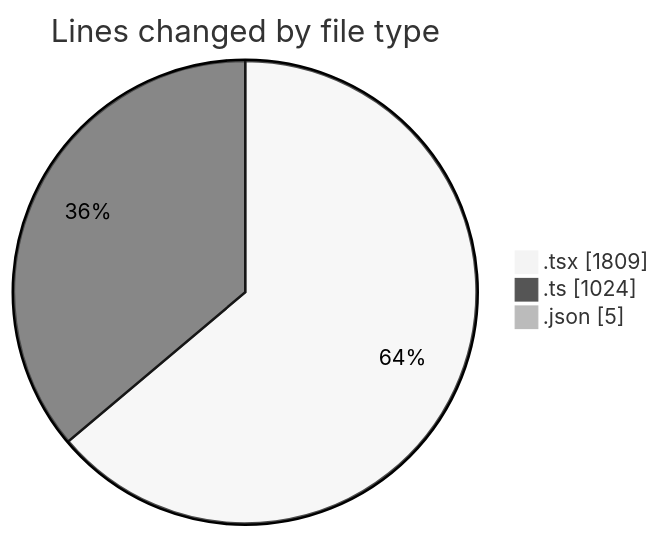
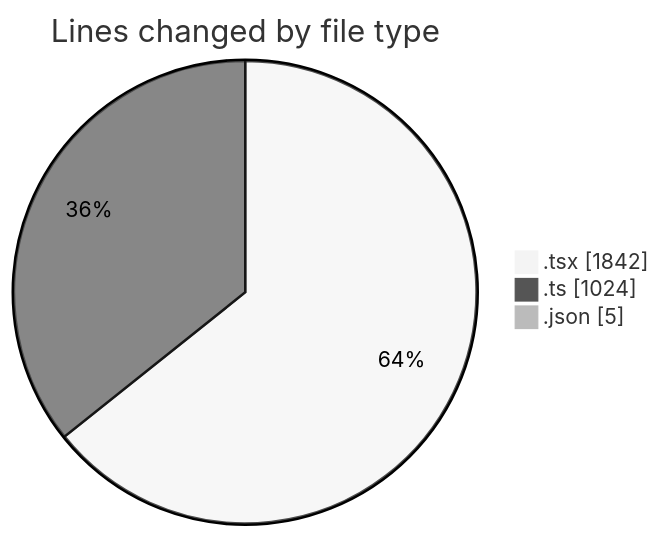
One commit to julien-gomy/code-tracking changed the first of 2 diagrams in 2025-10-15/eventscop-frontend-guide__workspace_/README.md. Above: the diagram before and after it, drawn with Mermaid (neutral theme). The commit also changed other lines of this file and 1 other file, not shown here.

````diff
--- a/2025-10-15/eventscop-frontend-guide__workspace_/README.md
+++ b/2025-10-15/eventscop-frontend-guide__workspace_/README.md
@@ -36,7 +37,7 @@
 ```mermaid
 pie showData
 title Lines changed by file type
-".tsx" : 1809
+".tsx" : 1842
 ".ts" : 1024
 ".json" : 5
 ```
````
